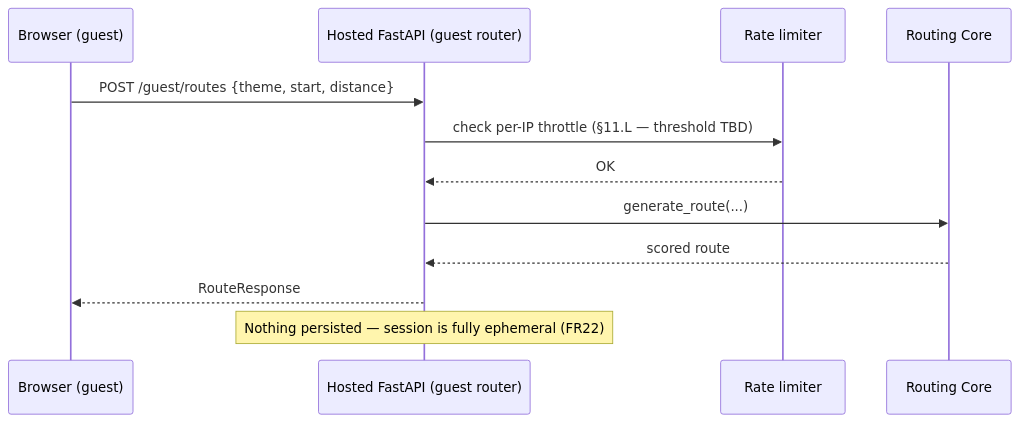
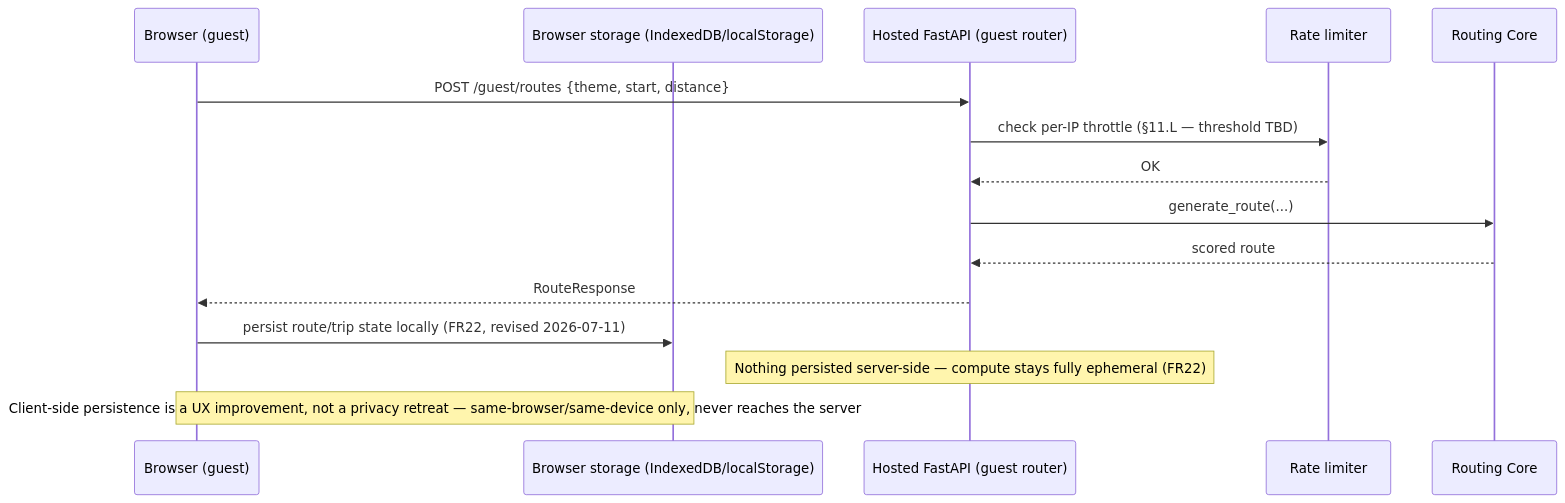
The fourth of 12 diagrams in ARCHITECTURE.md (gnfrazier/cycling-tour-planner), drawn with Mermaid before and after one commit. The commit also changed other lines of this file, not shown here.

````diff
--- a/ARCHITECTURE.md
+++ b/ARCHITECTURE.md
@@ -215,15 +228,18 @@
 ```mermaid
 sequenceDiagram
     participant B as Browser (guest)
+    participant BS as Browser storage (IndexedDB/localStorage)
     participant H as Hosted FastAPI (guest router)
     participant Rl as Rate limiter
     participant R as Routing Core
 
     B->>H: POST /guest/routes {theme, start, distance}
     H->>Rl: check per-IP throttle (§11.L — threshold TBD)
     Rl-->>H: OK
     H->>R: generate_route(...)
     R-->>H: scored route
     H-->>B: RouteResponse
-    Note over H: Nothing persisted — session is fully ephemeral (FR22)
+    B->>BS: persist route/trip state locally (FR22, revised 2026-07-11)
+    Note over H: Nothing persisted server-side — compute stays fully ephemeral (FR22)
+    Note over B,BS: Client-side persistence is a UX improvement, not a privacy retreat — same-browser/same-device only, never reaches the server
 ```
````
